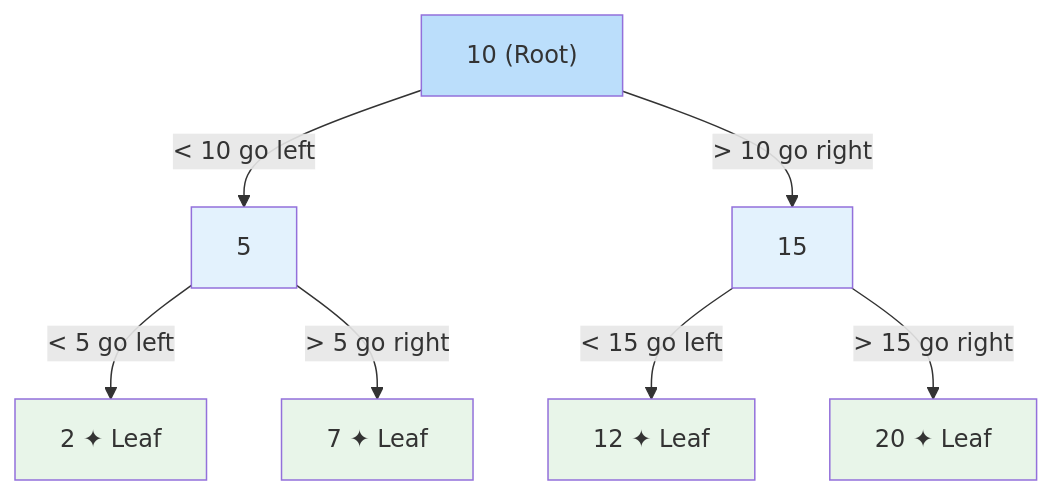
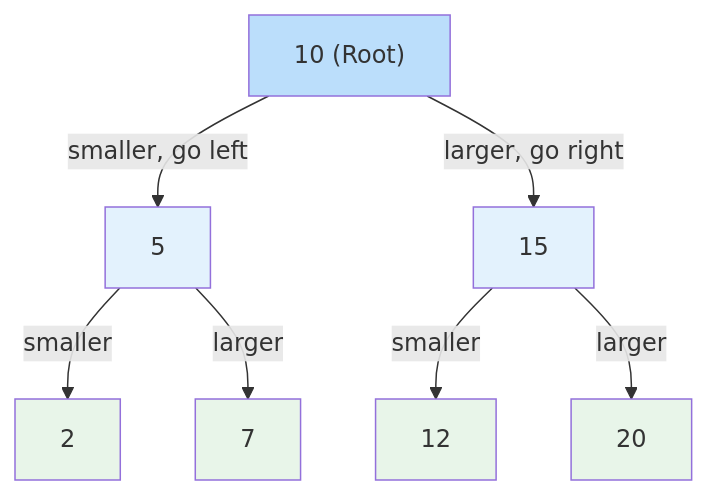
The seventh of 7 diagrams in lesson.md (su-ntu-sctp/ai-3.5-data-structures-and-algorithms-p2), drawn with Mermaid before and after one commit. The commit also changed other lines of this file and 3 other files, not shown here.

````diff
--- a/lesson.md
+++ b/lesson.md
@@ -259,25 +469,25 @@
 ```mermaid
 graph TD
     N10["10 (Root)"]
     N5["5"]
     N15["15"]
-    N2["2 ✦ Leaf"]
-    N7["7 ✦ Leaf"]
-    N12["12 ✦ Leaf"]
-    N20["20 ✦ Leaf"]
+    N2["2"]
+    N7["7"]
+    N12["12"]
+    N20["20"]
 
-    N10 -->|"< 10 go left"| N5
-    N10 -->|"> 10 go right"| N15
-    N5 -->|"< 5 go left"| N2
-    N5 -->|"> 5 go right"| N7
-    N15 -->|"< 15 go left"| N12
-    N15 -->|"> 15 go right"| N20
+    N10 -->|"smaller, go left"| N5
+    N10 -->|"larger, go right"| N15
+    N5 -->|"smaller"| N2
+    N5 -->|"larger"| N7
+    N15 -->|"smaller"| N12
+    N15 -->|"larger"| N20
 
     style N10 fill:#bbdefb
     style N5 fill:#e3f2fd
     style N15 fill:#e3f2fd
     style N2 fill:#e8f5e9
     style N7 fill:#e8f5e9
     style N12 fill:#e8f5e9
     style N20 fill:#e8f5e9
 ```
````
